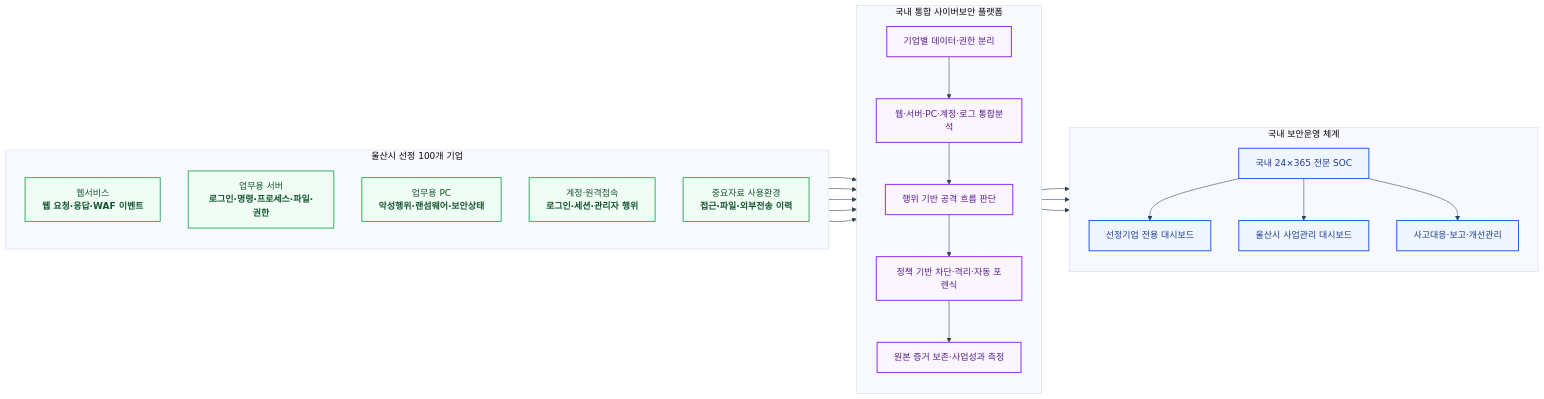
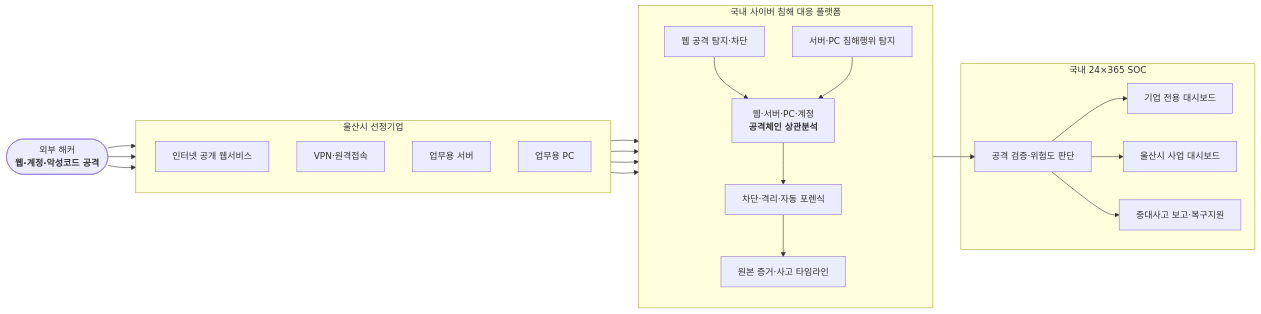
The fifth of 8 diagrams in ko/proposal/ulsan/ulsan-full-3months.md (qubitsec/plura), drawn with Mermaid before and after one commit. The commit also changed other lines of this file, not shown here.

````diff
--- a/ko/proposal/ulsan/ulsan-full-3months.md
+++ b/ko/proposal/ulsan/ulsan-full-3months.md
@@ -560,61 +443,45 @@
 ```mermaid
-%%{init: {
-  "theme": "base",
-  "themeVariables": {
-    "fontFamily": "Pretendard, Noto Sans KR, Arial",
-    "background": "#ffffff",
-    "primaryTextColor": "#0f172a",
-    "lineColor": "#334155"
-  }
-}}%%
 flowchart LR
-    subgraph COMPANIES["울산시 선정 100개 기업"]
+    ATTACKER(["외부 해커<br/><b>웹·계정·악성코드 공격</b>"])
+
+    subgraph COMPANY["울산시 선정기업"]
         direction TB
-        A["웹서비스<br/><b>웹 요청·응답·WAF 이벤트</b>"]
-        B["업무용 서버<br/><b>로그인·명령·프로세스·파일·권한</b>"]
-        C["업무용 PC<br/><b>악성행위·랜섬웨어·보안상태</b>"]
-        D["계정·원격접속<br/><b>로그인·세션·관리자 행위</b>"]
-        E["중요자료 사용환경<br/><b>접근·파일·외부전송 이력</b>"]
+        WEB["인터넷 공개 웹서비스"]
+        VPN["VPN·원격접속"]
+        SERVER["업무용 서버"]
+        PC["업무용 PC"]
     end
 
-    subgraph PLATFORM["국내 통합 사이버보안 플랫폼"]
+    subgraph PLATFORM["국내 사이버 침해 대응 플랫폼"]
         direction TB
-        P1["기업별 데이터·권한 분리"]
-        P2["웹·서버·PC·계정·로그 통합분석"]
-        P3["행위 기반 공격 흐름 판단"]
-        P4["정책 기반 차단·격리·자동 포렌식"]
-        P5["원본 증거 보존·사업성과 측정"]
+        WAF["웹 공격 탐지·차단"]
+        EDR["서버·PC 침해행위 탐지"]
+        XDR["웹·서버·PC·계정<br/><b>공격체인 상관분석</b>"]
+        RESP["차단·격리·자동 포렌식"]
+        EVIDENCE["원본 증거·사고 타임라인"]
     end
 
-    subgraph OPERATION["국내 보안운영 체계"]
-        direction TB
-        S1["국내 24×365 전문 SOC"]
-        S2["선정기업 전용 대시보드"]
-        S3["울산시 사업관리 대시보드"]
-        S4["사고대응·보고·개선관리"]
+    subgraph SOC["국내 24×365 SOC"]
+        ANALYST["공격 검증·위험도 판단"]
+        COMPANY_DASH["기업 전용 대시보드"]
+        CITY_DASH["울산시 사업 대시보드"]
+        REPORT["중대사고 보고·복구지원"]
     end
 
-    A --> P1
-    B --> P1
-    C --> P1
-    D --> P1
-    E --> P1
+    ATTACKER --> WEB
+    ATTACKER --> VPN
+    ATTACKER --> PC
 
-    P1 --> P2 --> P3 --> P4 --> P5
+    WEB --> WAF
+    VPN --> XDR
+    SERVER --> EDR
+    PC --> EDR
 
-    P3 --> S1
-    P4 --> S1
-    P5 --> S3
-
-    S1 --> S2
-    S1 --> S3
-    S1 --> S4
-
-    classDef source fill:#f0fdf4,stroke:#16a34a,stroke-width:1.5px,color:#14532d;
-    classDef platform fill:#faf5ff,stroke:#9333ea,stroke-width:1.8px,color:#581c87;
-    classDef operation fill:#eff6ff,stroke:#2563eb,stroke-width:1.8px,color:#1e3a8a;
-
-    class A,B,C,D,E source;
-    class P1,P2,P3,P4,P5 platform;
-    class S1,S2,S3,S4 operation;
+    WAF --> XDR
+    EDR --> XDR
+    XDR --> RESP --> EVIDENCE
+    XDR --> ANALYST
+    ANALYST --> COMPANY_DASH
+    ANALYST --> CITY_DASH
+    ANALYST --> REPORT
 ```
````
